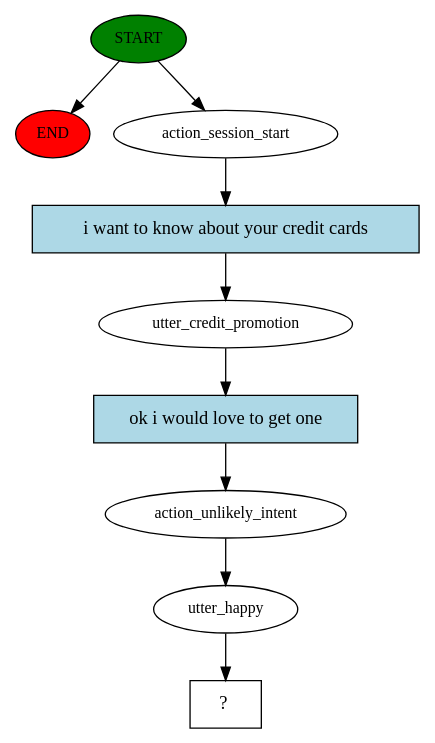
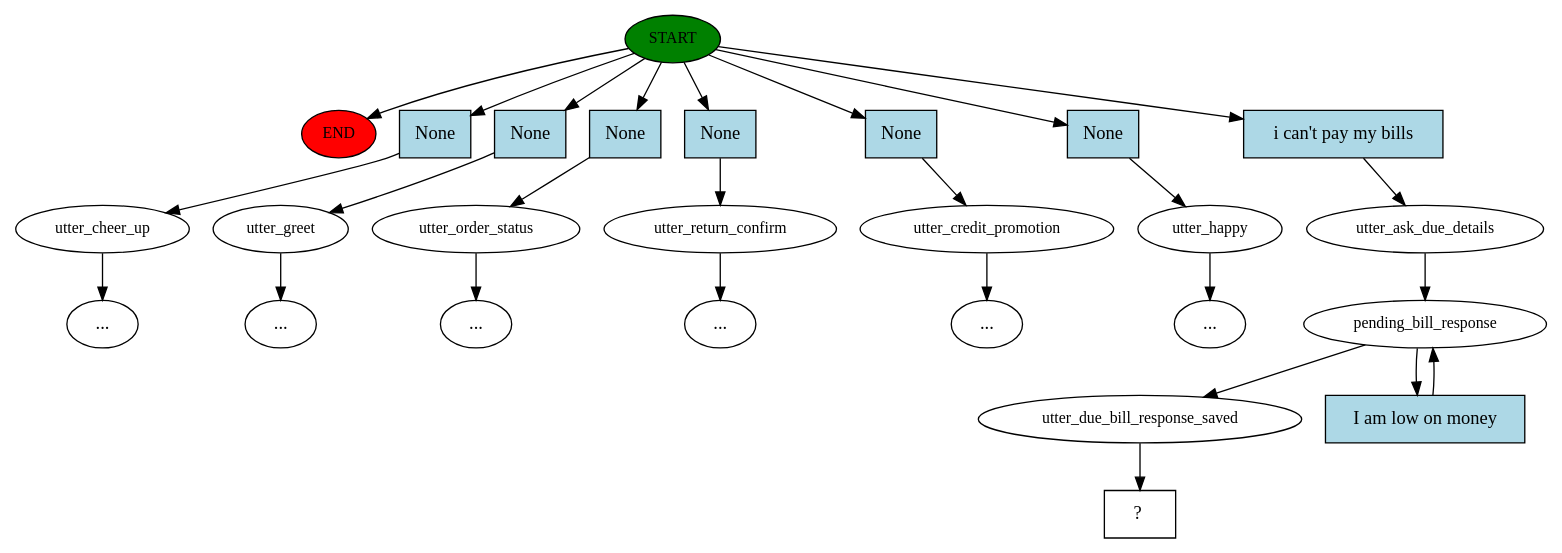
Before and after one commit to cnarte/Grid: the diagram in story_graph.dot, drawn with Graphviz. The commit also changed 11 other files, not shown here.

```diff
--- a/story_graph.dot
+++ b/story_graph.dot
@@ -1,19 +1,54 @@
 digraph  {
 0 [class="start active", fillcolor=green, fontsize=12, label=START, style=filled];
 "-1" [class=end, fillcolor=red, fontsize=12, label=END, style=filled];
-1 [class=active, fontsize=12, label=action_session_start];
-2 [class=active, fontsize=12, label=utter_credit_promotion];
-3 [class=active, fontsize=12, label=action_unlikely_intent];
-4 [class=active, fontsize=12, label=utter_happy];
-5 [class="intent dashed active", label="  ?  ", shape=rect];
-6 [class="intent active", fillcolor=lightblue, label="i want to know about your credit cards", shape=rect, style=filled];
-7 [class="intent active", fillcolor=lightblue, label="ok i would love to get one", shape=rect, style=filled];
+1 [class="", fontsize=12, label=utter_cheer_up];
+"-4" [class=ellipsis, label="..."];
+3 [class="", fontsize=12, label=utter_greet];
+"-5" [class=ellipsis, label="..."];
+4 [class="", fontsize=12, label=utter_order_status];
+"-7" [class=ellipsis, label="..."];
+6 [class="", fontsize=12, label=utter_return_confirm];
+"-9" [class=ellipsis, label="..."];
+8 [class="", fontsize=12, label=utter_credit_promotion];
+"-11" [class=ellipsis, label="..."];
+10 [class="", fontsize=12, label=utter_happy];
+"-12" [class=ellipsis, label="..."];
+11 [class=active, fontsize=12, label=utter_ask_due_details];
+12 [class=active, fontsize=12, label=pending_bill_response];
+14 [class=active, fontsize=12, label=utter_due_bill_response_saved];
+15 [class="intent dashed active", label="  ?  ", shape=rect];
+16 [class=intent, fillcolor=lightblue, label=None, shape=rect, style=filled];
+17 [class=intent, fillcolor=lightblue, label=None, shape=rect, style=filled];
+18 [class=intent, fillcolor=lightblue, label=None, shape=rect, style=filled];
+19 [class=intent, fillcolor=lightblue, label=None, shape=rect, style=filled];
+20 [class=intent, fillcolor=lightblue, label=None, shape=rect, style=filled];
+21 [class=intent, fillcolor=lightblue, label=None, shape=rect, style=filled];
+22 [class="intent active", fillcolor=lightblue, label="i can't pay my bills", shape=rect, style=filled];
+23 [class="intent active", fillcolor=lightblue, label="I am low on money", shape=rect, style=filled];
 0 -> "-1"  [class="", key=NONE, label=""];
-0 -> 1  [class=active, key=NONE, label=""];
-1 -> 6  [class=active, key=0];
-2 -> 7  [class=active, key=0];
-3 -> 4  [class=active, key=NONE, label=""];
-4 -> 5  [class=active, key=NONE, label=""];
-6 -> 2  [class=active, key=0];
-7 -> 3  [class=active, key=0];
+0 -> 16  [class="", key=0];
+0 -> 17  [class="", key=0];
+0 -> 18  [class="", key=0];
+0 -> 19  [class="", key=0];
+0 -> 20  [class="", key=0];
+0 -> 21  [class="", key=0];
+0 -> 22  [class=active, key=0];
+1 -> "-4"  [class="", key=NONE, label=""];
+3 -> "-5"  [class="", key=NONE, label=""];
+4 -> "-7"  [class="", key=NONE, label=""];
+6 -> "-9"  [class="", key=NONE, label=""];
+8 -> "-11"  [class="", key=NONE, label=""];
+10 -> "-12"  [class="", key=NONE, label=""];
+11 -> 12  [class=active, key=NONE, label=""];
+12 -> 14  [class=active, key=NONE, label=""];
+12 -> 23  [class=active, key=0];
+14 -> 15  [class=active, key=NONE, label=""];
+16 -> 1  [class="", key=0];
+17 -> 3  [class="", key=0];
+18 -> 4  [class="", key=0];
+19 -> 6  [class="", key=0];
+20 -> 8  [class="", key=0];
+21 -> 10  [class="", key=0];
+22 -> 11  [class=active, key=0];
+23 -> 12  [class=active, key=0];
 }
```
